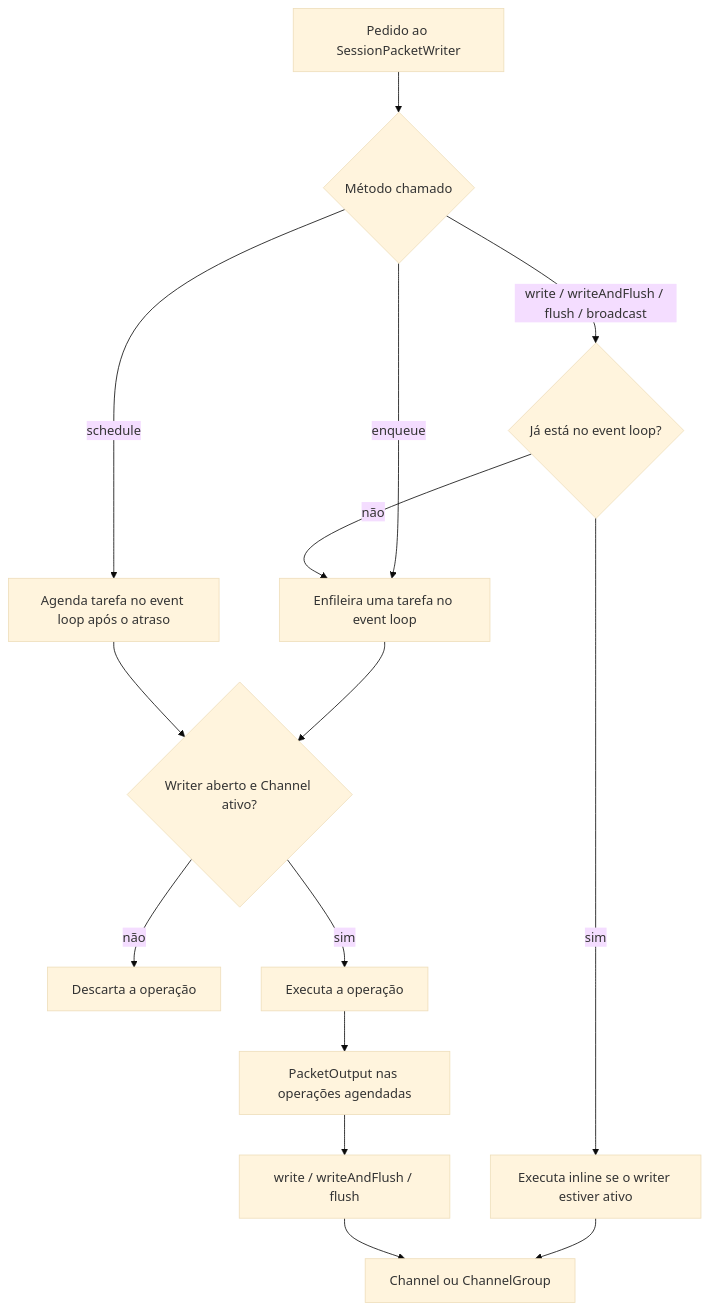
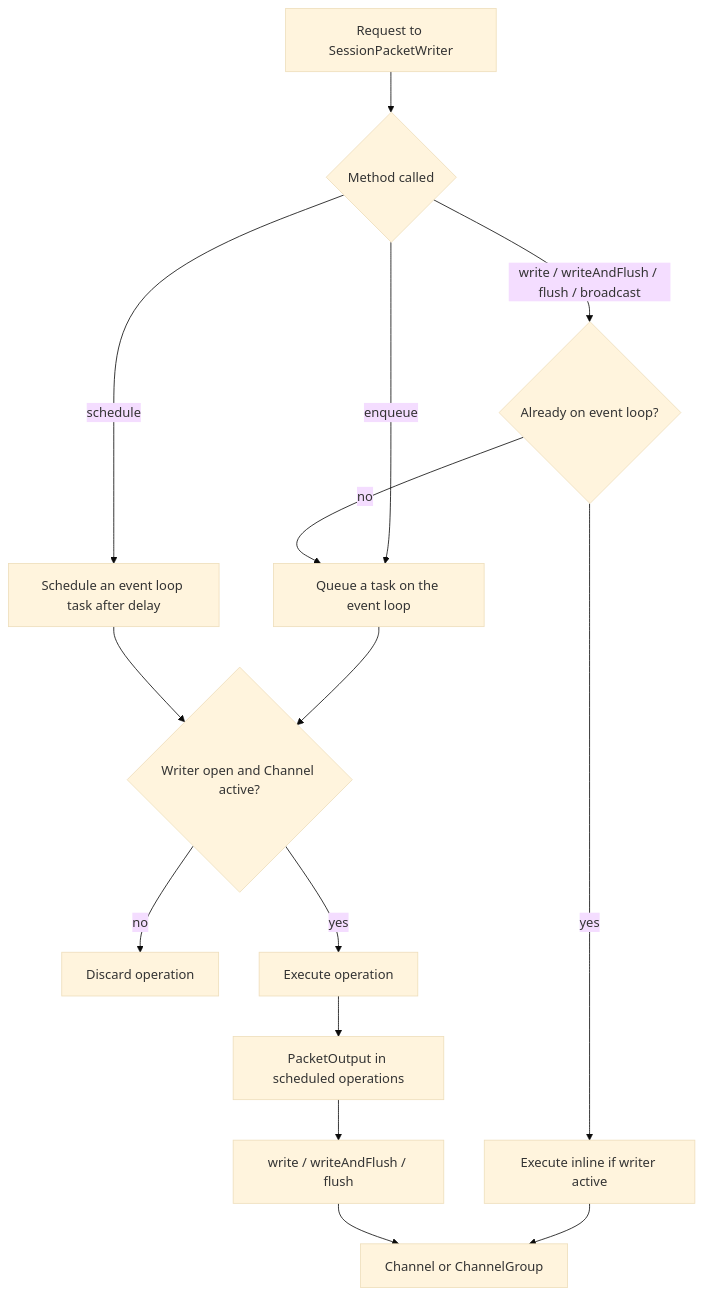
One commit to mayconr/juoforge-server changed the fifth of 7 diagrams in docs/server-sessions.md. Above: the diagram before and after it, drawn with Mermaid (base theme). The commit also changed other lines of this file and 97 other files, not shown here.

````diff
--- a/docs/server-sessions.md
+++ b/docs/server-sessions.md
@@ -160,17 +160,17 @@
 ```mermaid
 flowchart TD
-    Request[Pedido ao SessionPacketWriter] --> Kind{Método chamado}
-    Kind -->|enqueue| Queue[Enfileira uma tarefa no event loop]
-    Kind -->|schedule| Delay[Agenda tarefa no event loop após o atraso]
-    Kind -->|write / writeAndFlush / flush / broadcast| Current{Já está no event loop?}
-    Current -->|sim| Inline[Executa inline se o writer estiver ativo]
-    Current -->|não| Queue
-    Queue --> Open{Writer aberto e Channel ativo?}
+    Request[Request to SessionPacketWriter] --> Kind{Method called}
+    Kind -->|enqueue| Queue[Queue a task on the event loop]
+    Kind -->|schedule| Delay[Schedule an event loop task after delay]
+    Kind -->|write / writeAndFlush / flush / broadcast| Current{Already on event loop?}
+    Current -->|yes| Inline[Execute inline if writer active]
+    Current -->|no| Queue
+    Queue --> Open{Writer open and Channel active?}
     Delay --> Open
-    Open -->|não| Drop[Descarta a operação]
-    Open -->|sim| Run[Executa a operação]
-    Run --> Delegate[PacketOutput nas operações agendadas]
+    Open -->|no| Drop[Discard operation]
+    Open -->|yes| Run[Execute operation]
+    Run --> Delegate[PacketOutput in scheduled operations]
     Delegate --> Output[write / writeAndFlush / flush]
-    Inline --> Channel[Channel ou ChannelGroup]
+    Inline --> Channel[Channel or ChannelGroup]
     Output --> Channel
 ```
````
